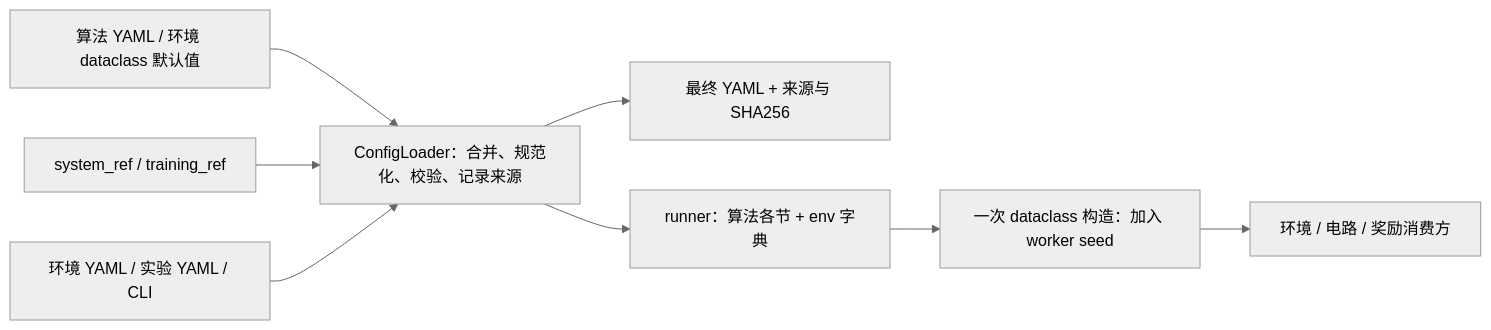
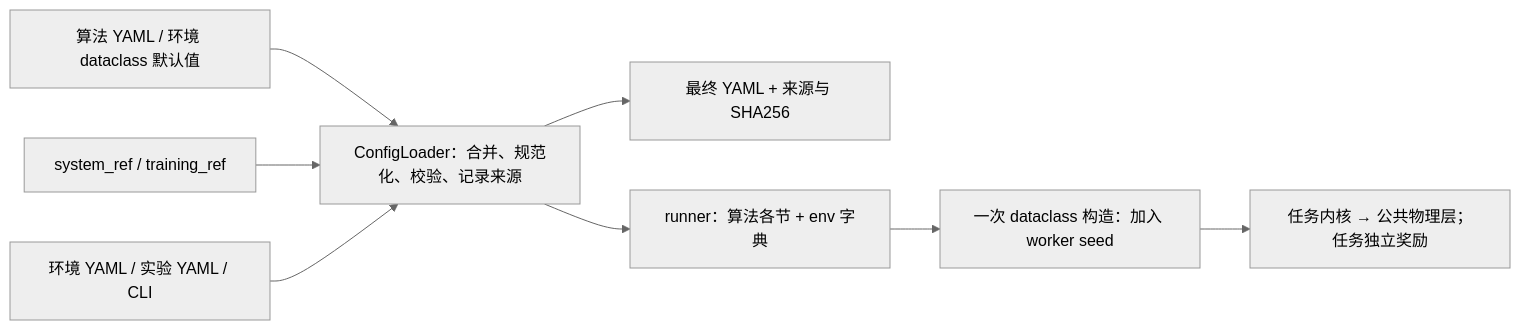
One commit to XJTU-RL/PowerZoo changed the diagram in docs/configuration.md. Above: the diagram before and after it, drawn with Mermaid (neutral theme). The commit also changed other lines of this file and 98 other files, not shown here.

````diff
--- a/docs/configuration.md
+++ b/docs/configuration.md
@@ -10,10 +10,10 @@
 ```mermaid
 flowchart LR
   A[算法 YAML / 环境 dataclass 默认值] --> R[ConfigLoader：合并、规范化、校验、记录来源]
   B[system_ref / training_ref] --> R
   C[环境 YAML / 实验 YAML / CLI] --> R
   R --> P[最终 YAML + 来源与 SHA256]
   R --> T[runner：算法各节 + env 字典]
   T --> E[一次 dataclass 构造：加入 worker seed]
-  E --> F[环境 / 电路 / 奖励消费方]
+  E --> F[任务内核 → 公共物理层；任务独立奖励]
 ```
````
